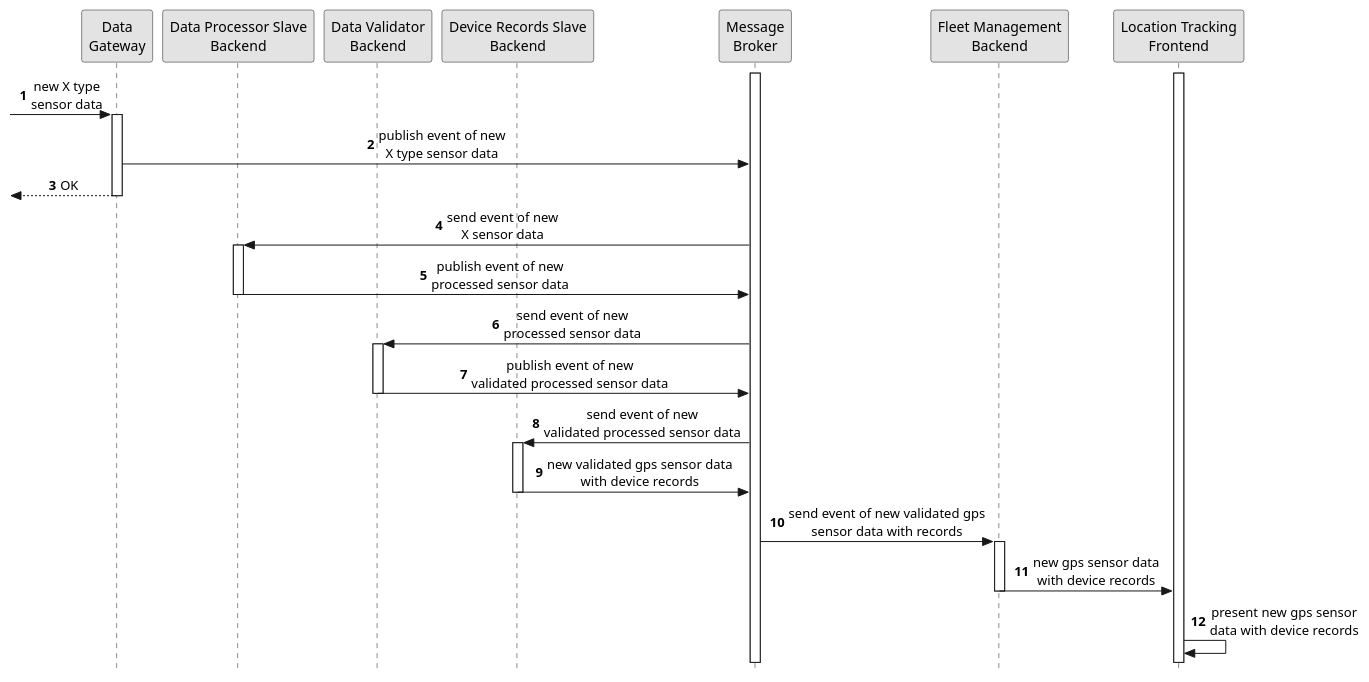
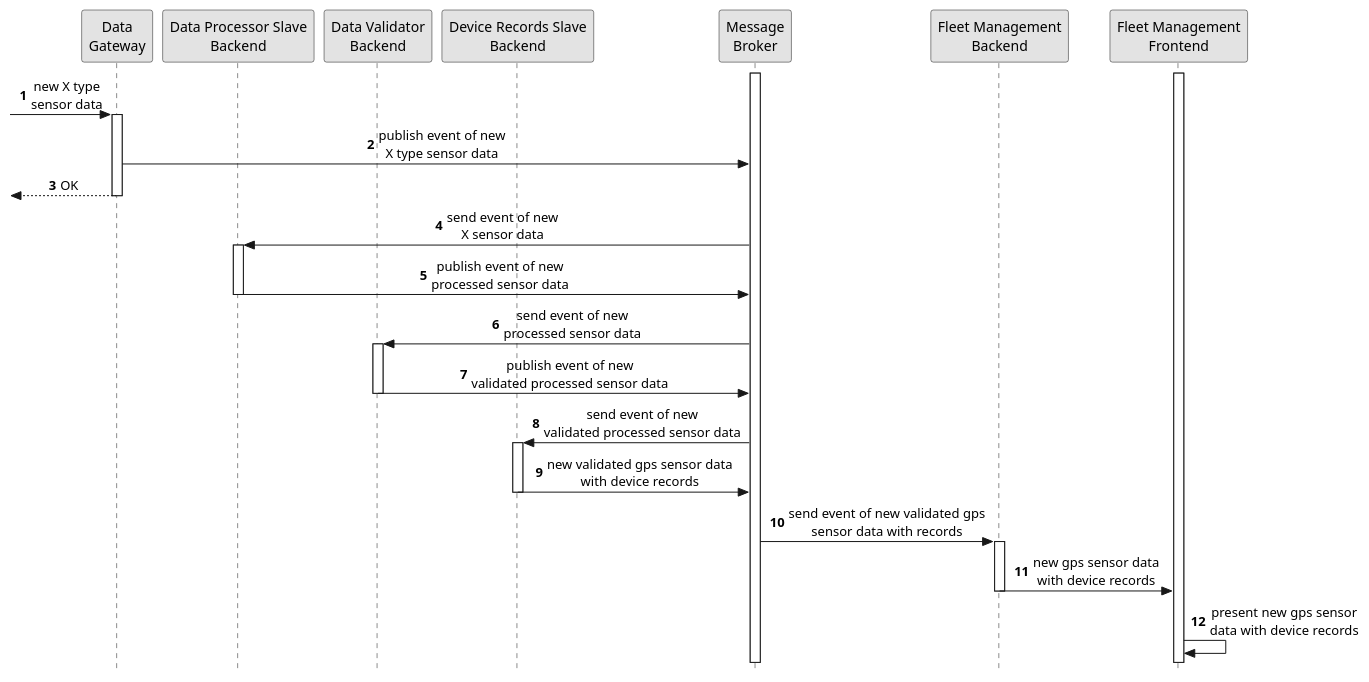
The diagram in docs/diagrams/process-view-level2-uc01.pu (FilipeMCruz/sensae-console), drawn with PlantUML before and after one commit. The commit also changed 98 other files, not shown here.

Commit message:
Changed location tracking frontend name to fleet management frontend

```diff
--- a/docs/diagrams/process-view-level2-uc01.pu
+++ b/docs/diagrams/process-view-level2-uc01.pu
@@ -1,54 +1,54 @@
 @startuml process-view-level2-uc01
 
 skinparam Monochrome true
 skinparam sequenceMessageAlign center
 skinparam style strictuml
 hide unlinked
 
 autonumber 1
 
 participant "Data\nGateway" as SDDG
 participant "Data Processor Slave\nBackend" as DPSB
 participant "Data Validator\nBackend" as DVB
 participant "Device Records Slave\nBackend" as DRSB
 participant "Message\nBroker" as MB
 participant "Fleet Management\nBackend" as LTB
-participant "Location Tracking\nFrontend" as LTF
+participant "Fleet Management\nFrontend" as LTF
 
 activate MB
 activate LTF
 
 -> SDDG : new X type\nsensor data
 activate SDDG
 
 SDDG -> MB : publish event of new\nX type sensor data
 
 <-- SDDG : OK
 deactivate SDDG
 
 MB -> DPSB : send event of new\nX sensor data
 activate DPSB
 
 DPSB -> MB : publish event of new\nprocessed sensor data
 deactivate DPSB
 
 MB -> DVB : send event of new\nprocessed sensor data
 activate DVB
 
 DVB -> MB : publish event of new\nvalidated processed sensor data
 deactivate DVB
 
 MB -> DRSB : send event of new\nvalidated processed sensor data
 activate DRSB
 
 DRSB -> MB : new validated gps sensor data\nwith device records
 deactivate DRSB
 
 MB -> LTB : send event of new validated gps\nsensor data with records
 activate LTB
 
 LTB -> LTF : new gps sensor data\nwith device records
 deactivate LTB
 LTF -> LTF : present new gps sensor\ndata with device records
 
 @enduml
```
